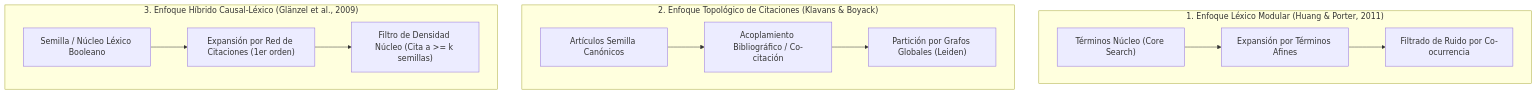
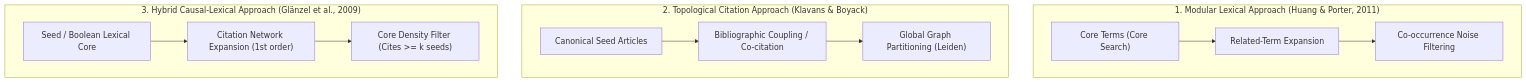
One commit to chilti/sos-mcp-services changed the diagram in .agents/skills/bibliometric-search-strategist/references/field_delineation_guide.md. Above: the diagram before and after it, drawn with Mermaid. The commit also changed other lines of this file and 129 other files, not shown here.

````diff
--- a/.agents/skills/bibliometric-search-strategist/references/field_delineation_guide.md
+++ b/.agents/skills/bibliometric-search-strategist/references/field_delineation_guide.md
@@ -20,17 +20,17 @@
 ```mermaid
 flowchart TD
-    subgraph Enfoque1 ["1. Enfoque Léxico Modular (Huang & Porter, 2011)"]
-        L1["Términos Núcleo (Core Search)"] --> L2["Expansión por Términos Afines"]
-        L2 --> L3["Filtrado de Ruido por Co-ocurrencia"]
+    subgraph Approach1 ["1. Modular Lexical Approach (Huang & Porter, 2011)"]
+        L1["Core Terms (Core Search)"] --> L2["Related-Term Expansion"]
+        L2 --> L3["Co-occurrence Noise Filtering"]
     end
 
-    subgraph Enfoque2 ["2. Enfoque Topológico de Citaciones (Klavans & Boyack)"]
-        C1["Artículos Semilla Canónicos"] --> C2["Acoplamiento Bibliográfico / Co-citación"]
-        C2 --> C3["Partición por Grafos Globales (Leiden)"]
+    subgraph Approach2 ["2. Topological Citation Approach (Klavans & Boyack)"]
+        C1["Canonical Seed Articles"] --> C2["Bibliographic Coupling / Co-citation"]
+        C2 --> C3["Global Graph Partitioning (Leiden)"]
     end
 
-    subgraph Enfoque3 ["3. Enfoque Híbrido Causal-Léxico (Glänzel et al., 2009)"]
-        H1["Semilla / Núcleo Léxico Booleano"] --> H2["Expansión por Red de Citaciones (1er orden)"]
-        H2 --> H3["Filtro de Densidad Núcleo (Cita a >= k semillas)"]
+    subgraph Approach3 ["3. Hybrid Causal-Lexical Approach (Glänzel et al., 2009)"]
+        H1["Seed / Boolean Lexical Core"] --> H2["Citation Network Expansion (1st order)"]
+        H2 --> H3["Core Density Filter (Cites >= k seeds)"]
     end
 ```
````
